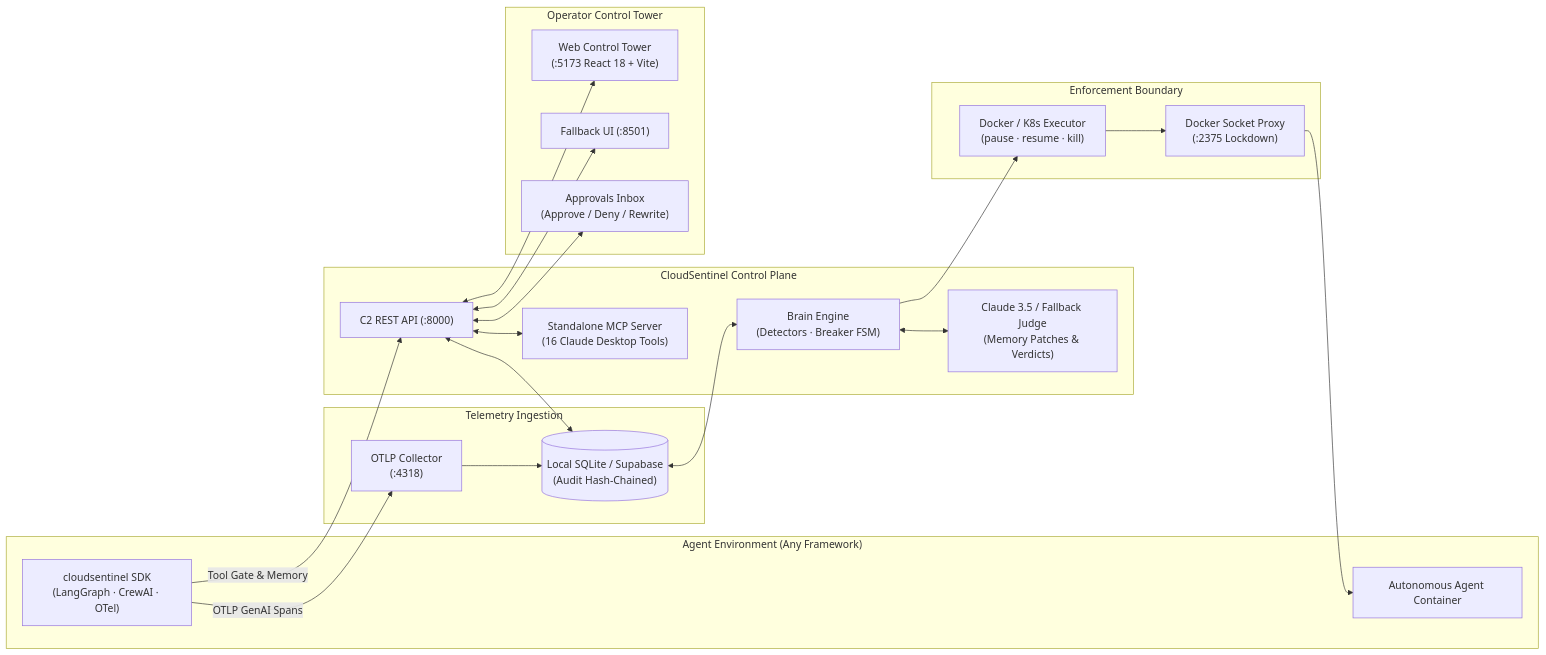
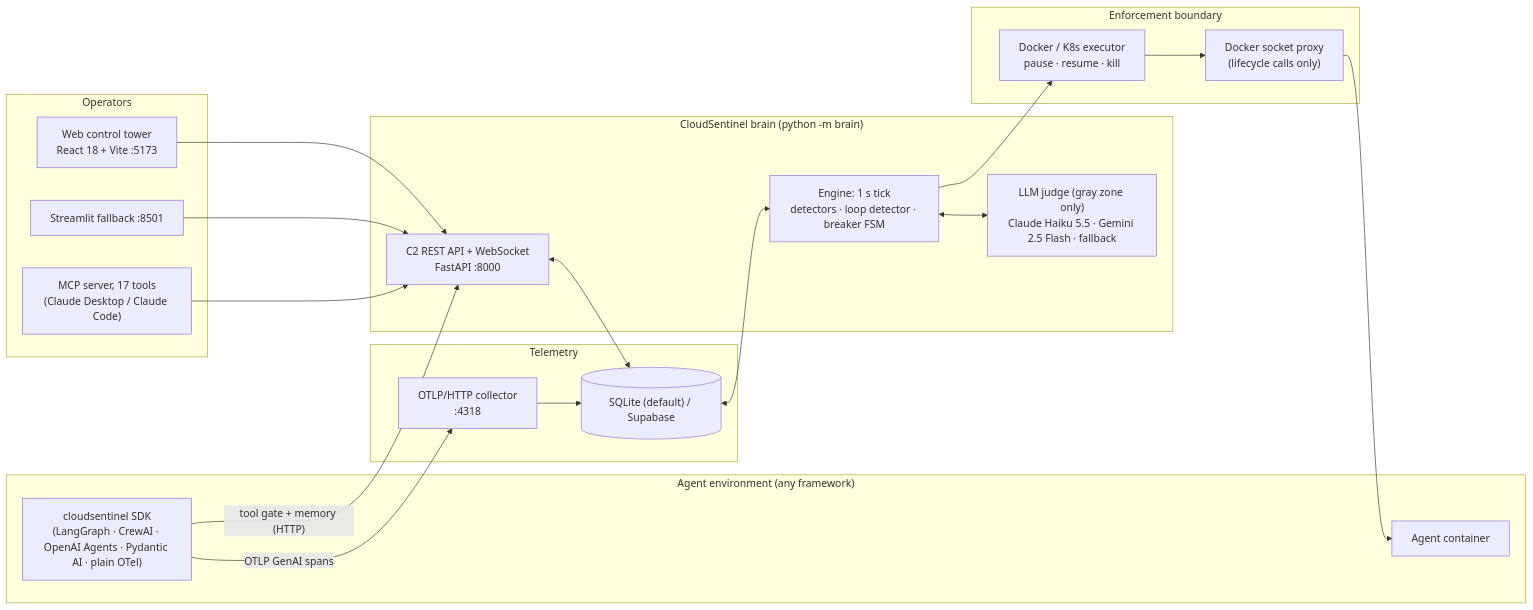
One commit to abdullahalyf/Cloud-Sentinel changed the diagram in README.md. Above: the diagram before and after it, drawn with Mermaid. The commit also changed other lines of this file and 21 other files, not shown here.

````diff
--- a/README.md
+++ b/README.md
@@ -14,37 +64,37 @@
 ```mermaid
 flowchart LR
-    subgraph AgentRuntime["Agent Environment (Any Framework)"]
-        SDK["cloudsentinel SDK\n(LangGraph · CrewAI · OTel)"]
-        Agent["Autonomous Agent Container"]
+    subgraph AgentRuntime["Agent environment (any framework)"]
+        Agent["Agent container"]
+        SDK["cloudsentinel SDK<br/>(LangGraph · CrewAI · OpenAI Agents · Pydantic AI · plain OTel)"]
     end
 
-    subgraph Telemetry["Telemetry Ingestion"]
-        Collector["OTLP Collector\n(:4318)"]
-        Store[("Local SQLite / Supabase\n(Audit Hash-Chained)")]
+    subgraph Telemetry["Telemetry"]
+        Collector["OTLP/HTTP collector<br/>:4318"]
+        Store[("SQLite (default) / Supabase")]
     end
 
-    subgraph ControlPlane["CloudSentinel Control Plane"]
-        Brain["Brain Engine\n(Detectors · Breaker FSM)"]
-        Judge["Claude 3.5 / Fallback Judge\n(Memory Patches & Verdicts)"]
-        API["C2 REST API (:8000)"]
-        MCP["Standalone MCP Server\n(16 Claude Desktop Tools)"]
+    subgraph ControlPlane["CloudSentinel brain (python -m brain)"]
+        Engine["Engine: 1 s tick<br/>detectors · loop detector · breaker FSM"]
+        Judge["LLM judge (gray zone only)<br/>Claude Haiku 5.5 · Gemini 2.5 Flash · fallback"]
+        API["C2 REST API + WebSocket<br/>FastAPI :8000"]
     end
 
-    subgraph Operations["Operator Control Tower"]
-        WebUI["Web Control Tower\n(:5173 React 18 + Vite)"]
-        Streamlit["Fallback UI (:8501)"]
-        Approvals["Approvals Inbox\n(Approve / Deny / Rewrite)"]
+    subgraph Operators["Operators"]
+        WebUI["Web control tower<br/>React 18 + Vite :5173"]
+        Streamlit["Streamlit fallback :8501"]
+        MCP["MCP server, 17 tools<br/>(Claude Desktop / Claude Code)"]
     end
 
-    subgraph Infrastructure["Enforcement Boundary"]
-        DockerProxy["Docker Socket Proxy\n(:2375 Lockdown)"]
-        Executor["Docker / K8s Executor\n(pause · resume · kill)"]
+    subgraph Enforcement["Enforcement boundary"]
+        Executor["Docker / K8s executor<br/>pause · resume · kill"]
+        Proxy["Docker socket proxy<br/>(lifecycle calls only)"]
     end
 
-    SDK --"OTLP GenAI Spans"--> Collector --> Store
-    Store <--> Brain
-    Brain <--> Judge
-    Brain --> Executor --> DockerProxy --> Agent
-    SDK --"Tool Gate & Memory"--> API <--> Store
-    API <--> WebUI & Approvals & MCP & Streamlit
+    SDK -- "OTLP GenAI spans" --> Collector --> Store
+    SDK -- "tool gate + memory (HTTP)" --> API
+    Store <--> Engine
+    Engine <--> Judge
+    Engine --> Executor --> Proxy --> Agent
+    API <--> Store
+    WebUI & Streamlit & MCP --> API
 ```
````
